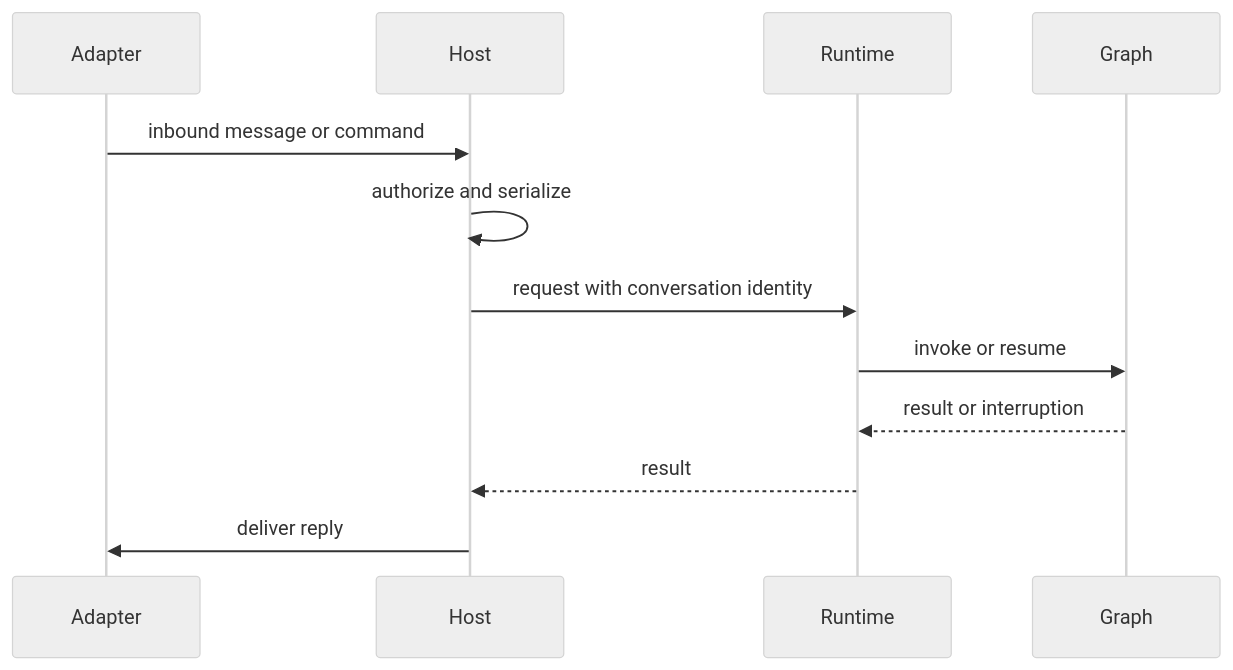
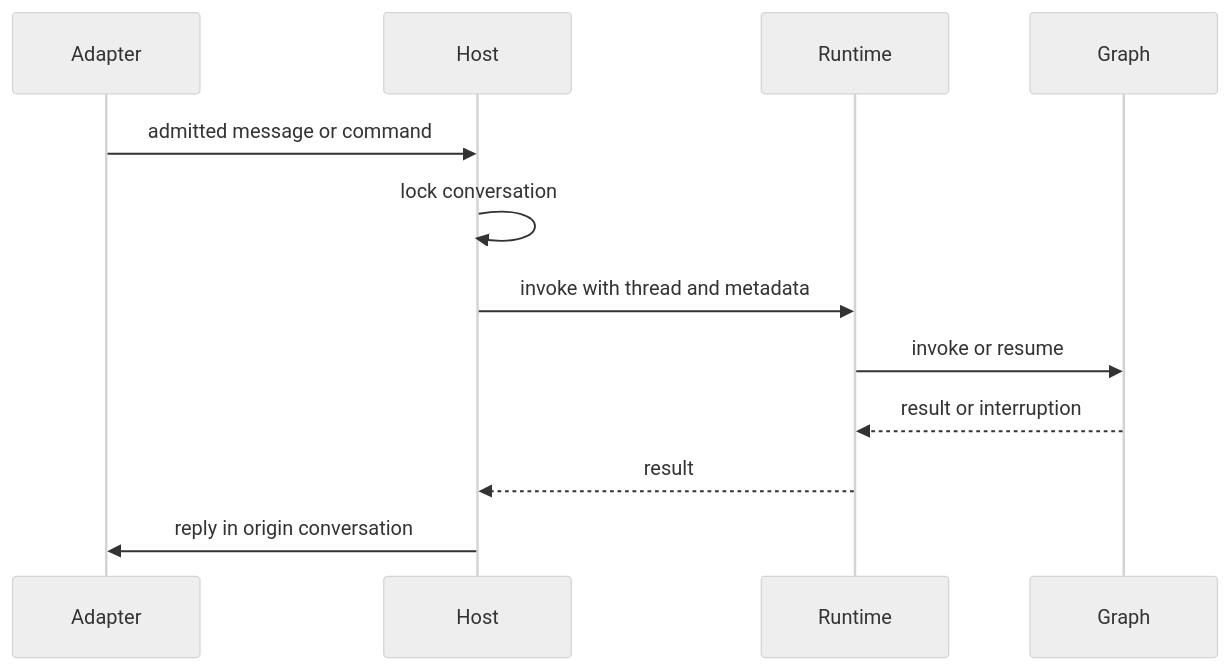
The diagram in openwiki/integrations/talon.md (langchain-ai/deepagents), drawn with Mermaid (neutral theme) before and after one commit. The commit also changed other lines of this file and 27 other files, not shown here.

````diff
--- a/openwiki/integrations/talon.md
+++ b/openwiki/integrations/talon.md
@@ -66,14 +70,14 @@
 ```mermaid
 sequenceDiagram
     participant Adapter
     participant Host
     participant Runtime
     participant Graph
-    Adapter->>Host: inbound message or command
-    Host->>Host: authorize and serialize
-    Host->>Runtime: request with conversation identity
+    Adapter->>Host: admitted message or command
+    Host->>Host: lock conversation
+    Host->>Runtime: invoke with thread and metadata
     Runtime->>Graph: invoke or resume
     Graph-->>Runtime: result or interruption
     Runtime-->>Host: result
-    Host->>Adapter: deliver reply
+    Host->>Adapter: reply in origin conversation
 ```
````
